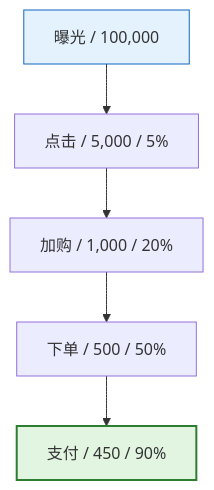
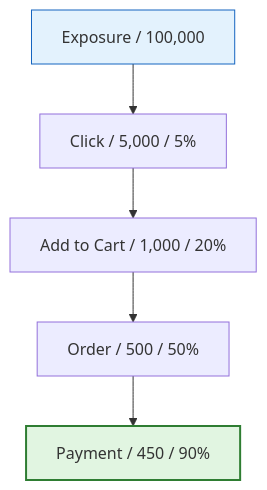
Before and after one commit to Kirky-X/cangjie: the eighth of 9 diagrams in templates/产品/运营层/【模板】运营手册.md, drawn with Mermaid. The commit also changed other lines of this file and 60 other files, not shown here.

````diff
--- a/templates/产品/运营层/【模板】运营手册.md
+++ b/templates/产品/运营层/【模板】运营手册.md
@@ -395,10 +395,10 @@
 ```mermaid
 flowchart TD
-    A[曝光 / 100,000] --> B[点击 / 5,000 / 5%]
-    B --> C[加购 / 1,000 / 20%]
-    C --> D[下单 / 500 / 50%]
-    D --> E[支付 / 450 / 90%]
+    A[Exposure / 100,000] --> B[Click / 5,000 / 5%]
+    B --> C[Add to Cart / 1,000 / 20%]
+    C --> D[Order / 500 / 50%]
+    D --> E[Payment / 450 / 90%]
 
     style A fill:#e3f2fd,stroke:#1565c0
     style E fill:#e1f5e1,stroke:#2e7d32,stroke-width:2px
 ```
````
